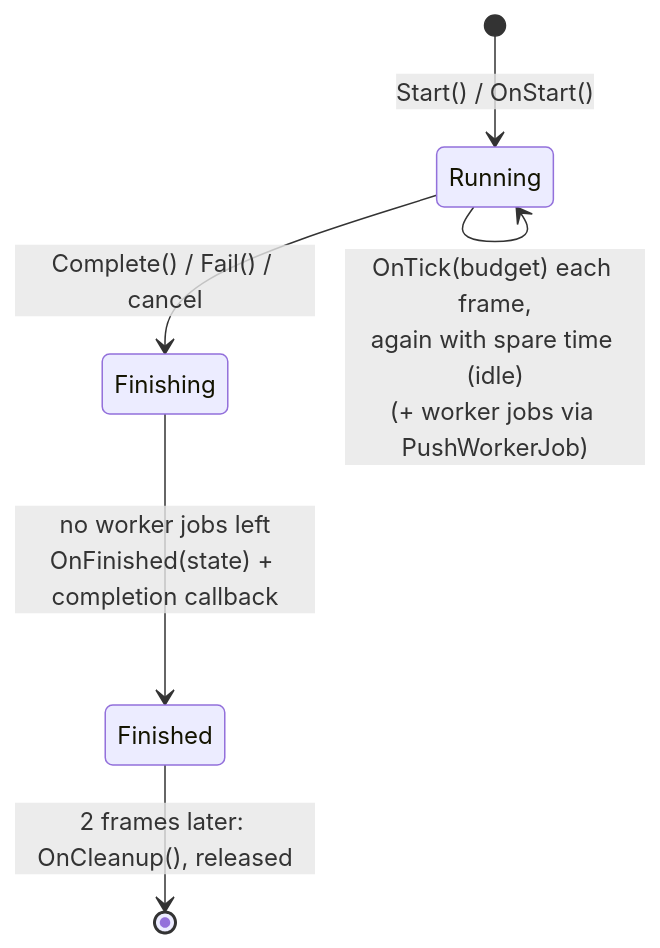
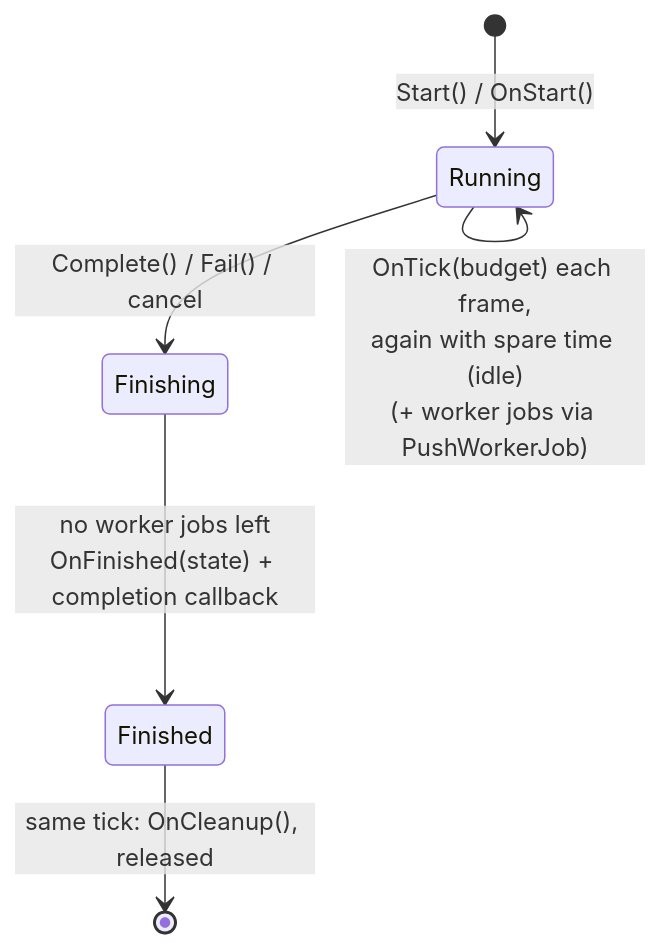
One commit to b1nary0/RZE changed the second of 3 diagrams in Docs/Generated/Engine/05-AssetPipeline/Asset-Import-Runtime.md. Above: the diagram before and after it, drawn with Mermaid. The commit also changed other lines of this file and 8 other files, not shown here.

````diff
--- a/Docs/Generated/Engine/05-AssetPipeline/Asset-Import-Runtime.md
+++ b/Docs/Generated/Engine/05-AssetPipeline/Asset-Import-Runtime.md
@@ -103,9 +101,9 @@
 ```mermaid
 %%{init: {'flowchart': {'subGraphTitleMargin': {'top': 6, 'bottom': 10}}, 'themeCSS': '.labelBkg, .edgeLabel { background-color: var(--background-primary) !important; } .messageText, .labelText, .loopText { paint-order: stroke; stroke: var(--background-primary); stroke-width: 5px; stroke-linejoin: round; }'}}%%
 stateDiagram-v2
     [*] --> Running: Start() / OnStart()
     Running --> Running: OnTick(budget) each frame,<br/>again with spare time (idle)<br/>(+ worker jobs via PushWorkerJob)
     Running --> Finishing: Complete() / Fail() / cancel
     Finishing --> Finished: no worker jobs left<br/>OnFinished(state) + completion callback
-    Finished --> [*]: 2 frames later: OnCleanup(), released
+    Finished --> [*]: same tick: OnCleanup(), released
 ```
````
